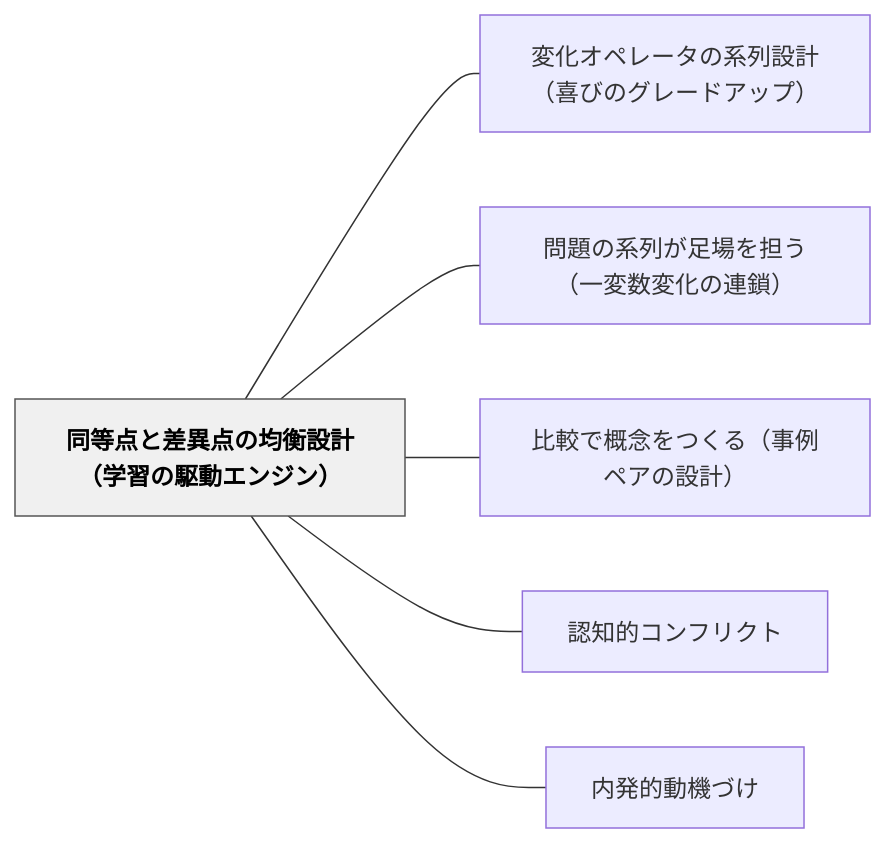
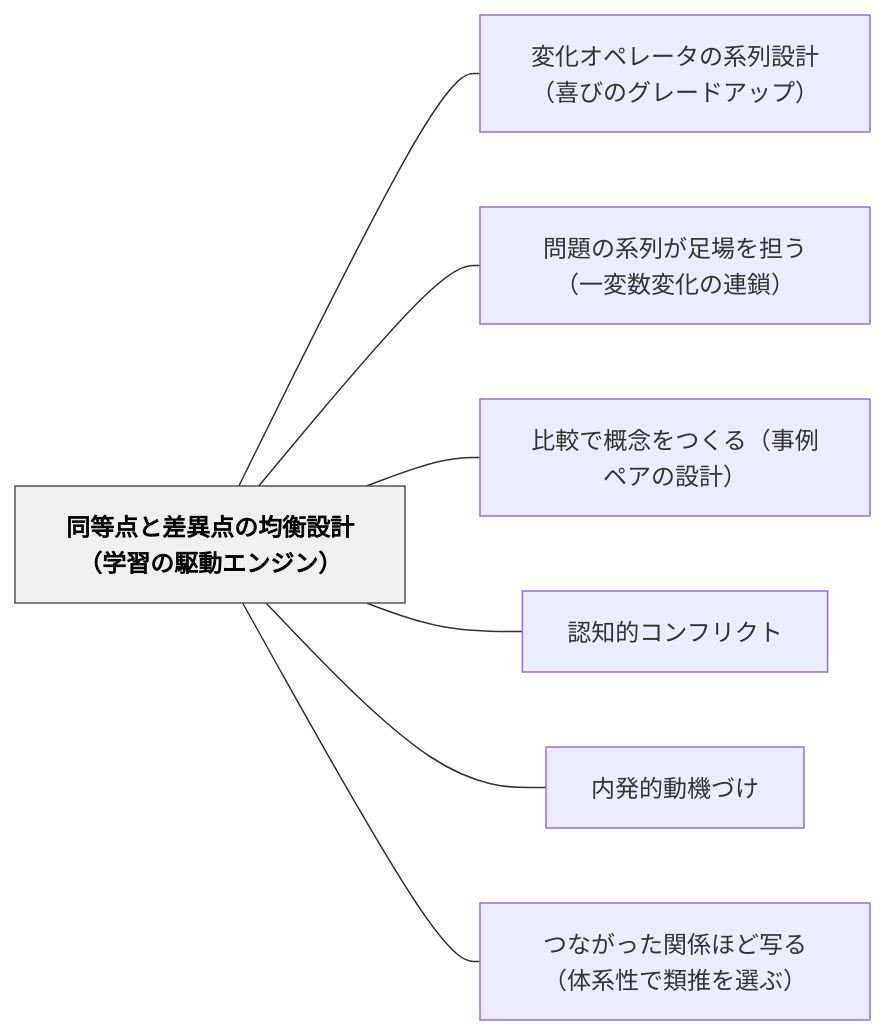
Before and after one commit to unknownthings-ed-patterns/unknownthings-ed-patterns: the diagram in content/パタン/同等点と差異点の均衡設計（学習の駆動エンジン）.md, drawn with Mermaid. The commit also changed other lines of this file and 15 other files, not shown here.

````diff
--- a/content/パタン/同等点と差異点の均衡設計（学習の駆動エンジン）.md
+++ b/content/パタン/同等点と差異点の均衡設計（学習の駆動エンジン）.md
@@ -103,18 +104,20 @@
 ```mermaid
 flowchart LR
     ne5908ce7ad89e782b9e381a8e5b7aee795b0e782b9e381aee59d87e8a1a1e8a8ade8a888efbc88e5ada6e7bf92e381aee9a786e58b95e382a8e383b3e382b8e383b3efbc89["同等点と差異点の均衡設計（学習の駆動エンジン）"]
     ne5a489e58c96e382aae3839ae383ace383bce382bfe381aee7b3bbe58897e8a8ade8a888efbc88e5969ce381b3e381aee382b0e383ace383bce38389e382a2e38383e38397efbc89["変化オペレータの系列設計（喜びのグレードアップ）"]
     ne5958fe9a18ce381aee7b3bbe58897e3818ce8b6b3e5a0b4e38292e68b85e38186efbc88e4b880e5a489e695b0e5a489e58c96e381aee980a3e98e96efbc89["問題の系列が足場を担う（一変数変化の連鎖）"]
     ne6af94e8bc83e381a7e6a682e5bfb5e38292e381a4e3818fe3828befbc88e4ba8be4be8be3839ae382a2e381aee8a8ade8a888efbc89["比較で概念をつくる（事例ペアの設計）"]
     ne8aa8de79fa5e79a84e382b3e383b3e38395e383aae382afe38388["認知的コンフリクト"]
     ne58685e799bae79a84e58b95e6a99fe381a5e38191["内発的動機づけ"]
+    ne381a4e381aae3818ce381a3e3819fe996a2e4bf82e381bbe381a9e58699e3828befbc88e4bd93e7b3bbe680a7e381a7e9a19ee68ea8e38292e981b8e381b6efbc89["つながった関係ほど写る（体系性で類推を選ぶ）"]
 
     ne5908ce7ad89e782b9e381a8e5b7aee795b0e782b9e381aee59d87e8a1a1e8a8ade8a888efbc88e5ada6e7bf92e381aee9a786e58b95e382a8e383b3e382b8e383b3efbc89 --- ne5a489e58c96e382aae3839ae383ace383bce382bfe381aee7b3bbe58897e8a8ade8a888efbc88e5969ce381b3e381aee382b0e383ace383bce38389e382a2e38383e38397efbc89
     ne5908ce7ad89e782b9e381a8e5b7aee795b0e782b9e381aee59d87e8a1a1e8a8ade8a888efbc88e5ada6e7bf92e381aee9a786e58b95e382a8e383b3e382b8e383b3efbc89 --- ne5958fe9a18ce381aee7b3bbe58897e3818ce8b6b3e5a0b4e38292e68b85e38186efbc88e4b880e5a489e695b0e5a489e58c96e381aee980a3e98e96efbc89
     ne5908ce7ad89e782b9e381a8e5b7aee795b0e782b9e381aee59d87e8a1a1e8a8ade8a888efbc88e5ada6e7bf92e381aee9a786e58b95e382a8e383b3e382b8e383b3efbc89 --- ne6af94e8bc83e381a7e6a682e5bfb5e38292e381a4e3818fe3828befbc88e4ba8be4be8be3839ae382a2e381aee8a8ade8a888efbc89
     ne5908ce7ad89e782b9e381a8e5b7aee795b0e782b9e381aee59d87e8a1a1e8a8ade8a888efbc88e5ada6e7bf92e381aee9a786e58b95e382a8e383b3e382b8e383b3efbc89 --- ne8aa8de79fa5e79a84e382b3e383b3e38395e383aae382afe38388
     ne5908ce7ad89e782b9e381a8e5b7aee795b0e782b9e381aee59d87e8a1a1e8a8ade8a888efbc88e5ada6e7bf92e381aee9a786e58b95e382a8e383b3e382b8e383b3efbc89 --- ne58685e799bae79a84e58b95e6a99fe381a5e38191
+    ne5908ce7ad89e782b9e381a8e5b7aee795b0e782b9e381aee59d87e8a1a1e8a8ade8a888efbc88e5ada6e7bf92e381aee9a786e58b95e382a8e383b3e382b8e383b3efbc89 --- ne381a4e381aae3818ce381a3e3819fe996a2e4bf82e381bbe381a9e58699e3828befbc88e4bd93e7b3bbe680a7e381a7e9a19ee68ea8e38292e981b8e381b6efbc89
 
     classDef hub fill:#f0f0f0,stroke:#555,color:#000,font-weight:bold
     class ne5908ce7ad89e782b9e381a8e5b7aee795b0e782b9e381aee59d87e8a1a1e8a8ade8a888efbc88e5ada6e7bf92e381aee9a786e58b95e382a8e383b3e382b8e383b3efbc89 hub
 ```
````
